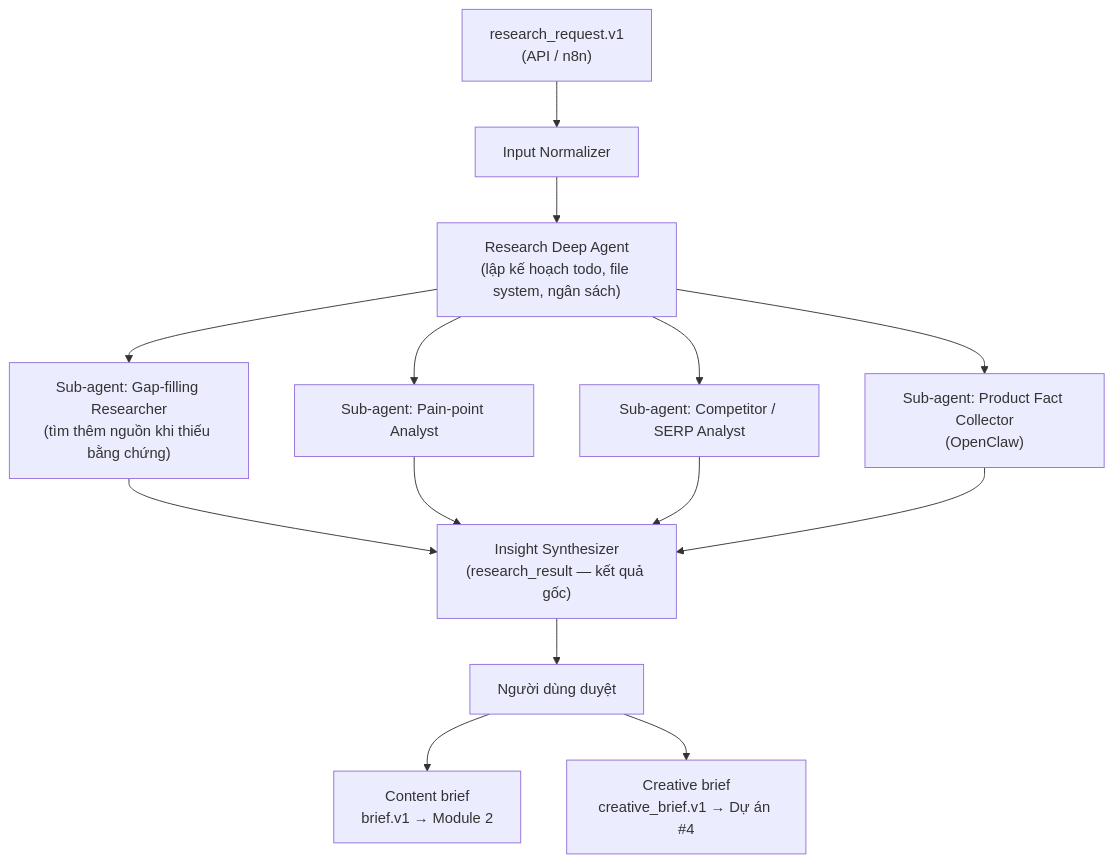
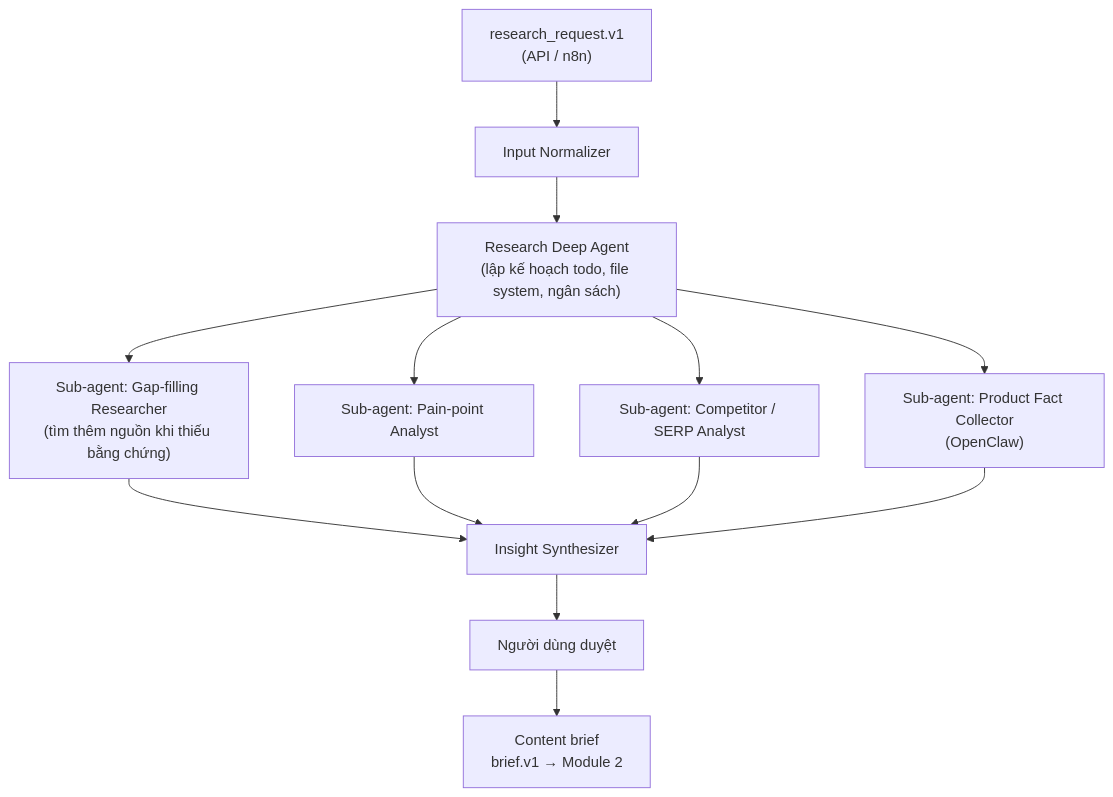
One commit to vinhWater/content-affiliate changed the second of 3 diagrams in README.md. Above: the diagram before and after it, drawn with Mermaid. The commit also changed other lines of this file, not shown here.

````diff
--- a/README.md
+++ b/README.md
@@ -114,15 +108,14 @@
 ```mermaid
 flowchart TB
     REQ["research_request.v1<br/>(API / n8n)"] --> NORM["Input Normalizer"]
     NORM --> PLAN["Research Deep Agent<br/>(lập kế hoạch todo, file system, ngân sách)"]
 
     PLAN --> GAP["Sub-agent: Gap-filling Researcher<br/>(tìm thêm nguồn khi thiếu bằng chứng)"]
     PLAN --> PAIN["Sub-agent: Pain-point Analyst"]
     PLAN --> SERP["Sub-agent: Competitor / SERP Analyst"]
     PLAN --> FACT["Sub-agent: Product Fact Collector<br/>(OpenClaw)"]
 
-    GAP & PAIN & SERP & FACT --> SYN["Insight Synthesizer<br/>(research_result — kết quả gốc)"]
+    GAP & PAIN & SERP & FACT --> SYN["Insight Synthesizer"]
     SYN --> HIL["Người dùng duyệt"]
     HIL --> CB["Content brief<br/>brief.v1 → Module 2"]
-    HIL --> CRB["Creative brief<br/>creative_brief.v1 → Dự án #4"]
 ```
````
